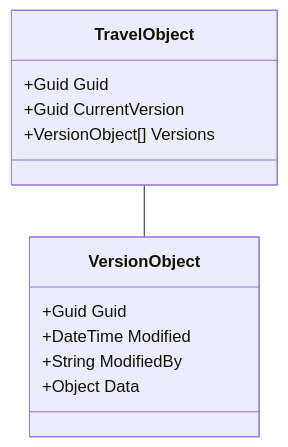
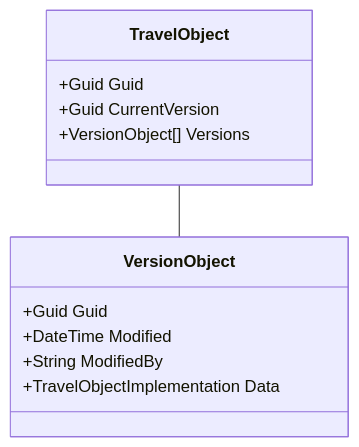
The diagram in Travel Object TO.md (OSSTRA/TXDM), drawn with Mermaid before and after one commit.

Commit message:
Update Travel Object TO.md

````diff
--- a/Travel Object TO.md
+++ b/Travel Object TO.md
@@ -1,15 +1,15 @@
 ```mermaid
 classDiagram
 TravelObject -- VersionObject
     class TravelObject{
       +Guid Guid
       +Guid CurrentVersion
       +VersionObject[] Versions
     }
     class VersionObject{
       +Guid Guid
       +DateTime Modified
       +String ModifiedBy
-      +Object Data
+      +TravelObjectImplementation Data
     }
 ```
````
